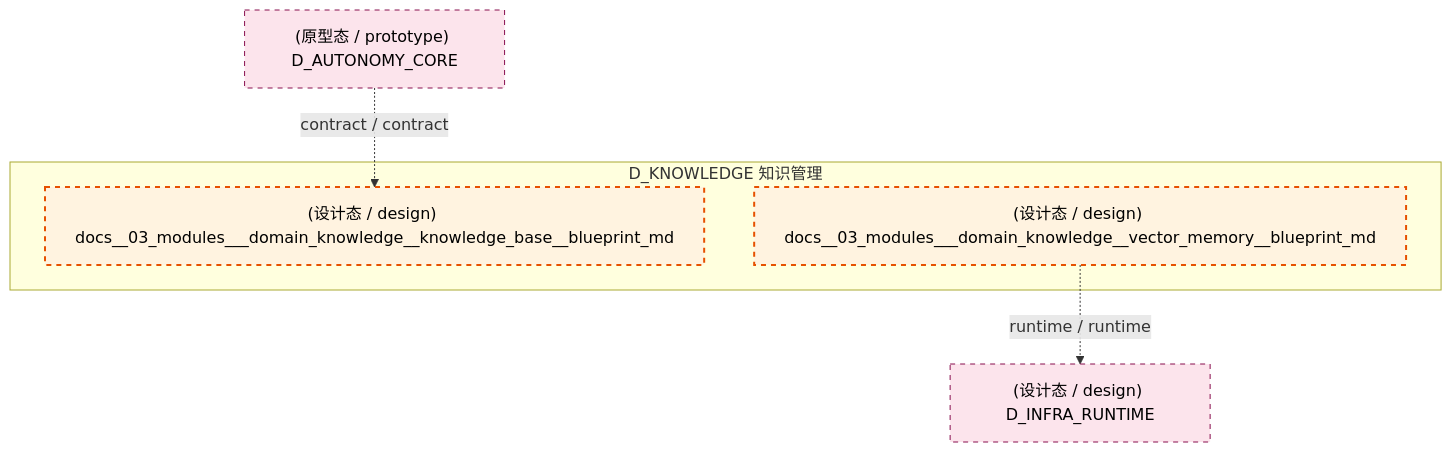
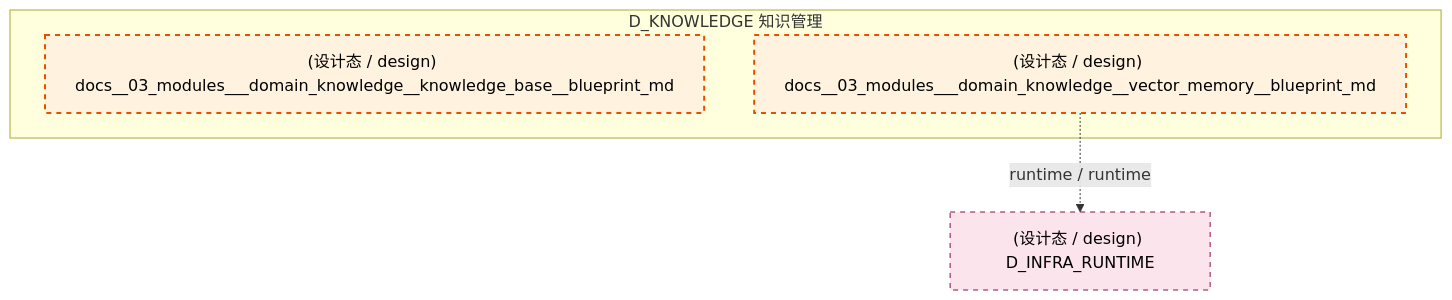
One commit to xuanFelixVan/ZephyrAlpha changed the third of 5 diagrams in docs/02_enterprise_architecture/02_domain_architecture_docs/48_d_knowledge.md. Above: the diagram before and after it, drawn with Mermaid. The commit also changed other lines of this file and 125 other files, not shown here.

````diff
--- a/docs/02_enterprise_architecture/02_domain_architecture_docs/48_d_knowledge.md
+++ b/docs/02_enterprise_architecture/02_domain_architecture_docs/48_d_knowledge.md
@@ -217,17 +215,15 @@
 ```mermaid
 graph TD
     subgraph D_KNOWLEDGE["D_KNOWLEDGE 知识管理"]
         docs_03_modules_domain_knowledge_knowledge_base_blueprint_md["(设计态 / design) docs__03_modules___domain_knowledge__knowledge_base__blueprint_md"]
         docs_03_modules_domain_knowledge_vector_memory_blueprint_md["(设计态 / design) docs__03_modules___domain_knowledge__vector_memory__blueprint_md"]
     end
     D_INFRA_RUNTIME["(设计态 / design) D_INFRA_RUNTIME"]
     docs_03_modules_domain_knowledge_vector_memory_blueprint_md -.->|runtime / runtime| D_INFRA_RUNTIME
-    D_AUTONOMY_CORE["(原型态 / prototype) D_AUTONOMY_CORE"]
-    D_AUTONOMY_CORE -.->|contract / contract| docs_03_modules_domain_knowledge_knowledge_base_blueprint_md
     classDef production fill:#e1f5fe,stroke:#01579b,stroke-width:2px,color:#000
     classDef design fill:#fff3e0,stroke:#e65100,stroke-width:2px,color:#000,stroke-dasharray: 5 5
     classDef external_prod fill:#e8f5e9,stroke:#1b5e20,stroke-width:1px,color:#000
     classDef external_design fill:#fce4ec,stroke:#880e4f,stroke-width:1px,color:#000,stroke-dasharray: 5 5
     class docs_03_modules_domain_knowledge_knowledge_base_blueprint_md,docs_03_modules_domain_knowledge_vector_memory_blueprint_md design
-    class D_INFRA_RUNTIME,D_AUTONOMY_CORE external_design
+    class D_INFRA_RUNTIME external_design
 ```
````
